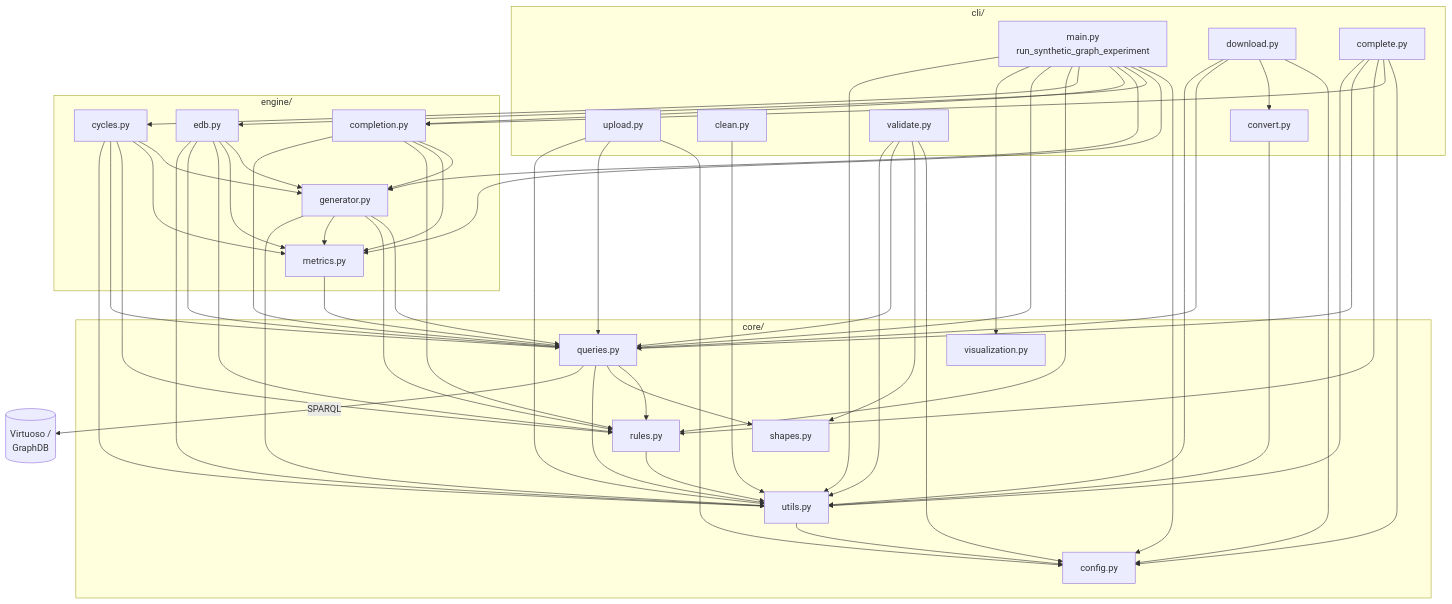
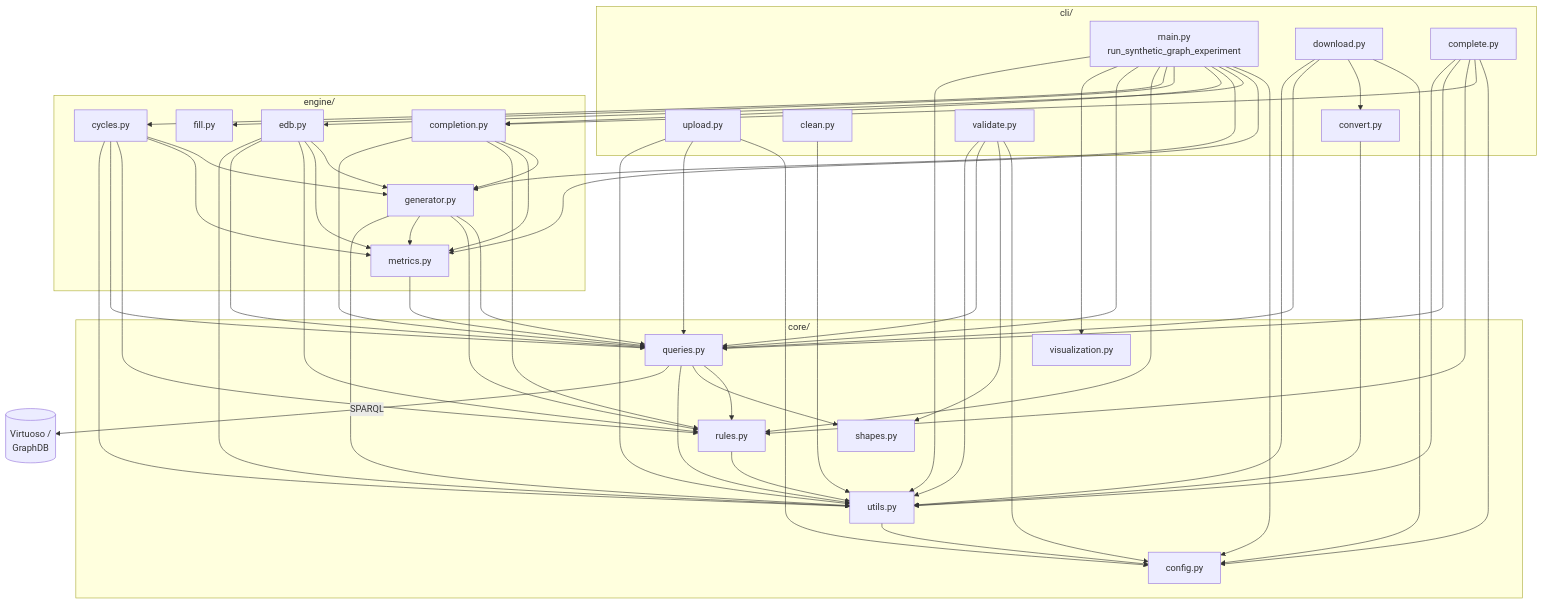
One commit to DavidGomez00/synthetic-knowledge-graph-generator changed the second of 2 diagrams in docs/architecture.md. Above: the diagram before and after it, drawn with Mermaid. The commit also changed other lines of this file and 6 other files, not shown here.

````diff
--- a/docs/architecture.md
+++ b/docs/architecture.md
@@ -38,49 +40,50 @@
 ```mermaid
 flowchart TD
     subgraph cli ["cli/"]
         MAIN["main.py<br/>run_synthetic_graph_experiment"]
         UPLOAD["upload.py"]
         DOWNLOAD["download.py"]
         COMPLETE["complete.py"]
         CLEAN["clean.py"]
         CONVERT["convert.py"]
         VALIDATE["validate.py"]
     end
 
     subgraph engine ["engine/"]
         METRICS["metrics.py"]
         EDB["edb.py"]
         GEN["generator.py"]
         COMPLETION["completion.py"]
+        FILL["fill.py"]
         CYCLES["cycles.py"]
     end
 
     subgraph core ["core/"]
         RULES["rules.py"]
         SHAPES["shapes.py"]
         QUERIES["queries.py"]
         VIS["visualization.py"]
         CONFIG["config.py"]
         UTILS["utils.py"]
     end
 
     DB[("Virtuoso /<br/>GraphDB")]
 
-    MAIN --> CONFIG & METRICS & EDB & GEN & COMPLETION & CYCLES & RULES & QUERIES & VIS & UTILS
+    MAIN --> CONFIG & METRICS & EDB & GEN & COMPLETION & FILL & CYCLES & RULES & QUERIES & VIS & UTILS
     UPLOAD --> CONFIG & QUERIES & UTILS
     DOWNLOAD --> CONFIG & CONVERT & QUERIES & UTILS
     COMPLETE --> CONFIG & COMPLETION & RULES & QUERIES & UTILS
     VALIDATE --> CONFIG & SHAPES & QUERIES & UTILS
     CLEAN & CONVERT --> UTILS
 
     EDB --> GEN & METRICS & RULES & QUERIES & UTILS
     COMPLETION --> GEN & METRICS & RULES & QUERIES
     CYCLES --> GEN & METRICS & RULES & QUERIES & UTILS
     GEN --> QUERIES & RULES & METRICS & UTILS
     METRICS --> QUERIES
     QUERIES --> RULES & SHAPES & UTILS
     RULES --> UTILS
     UTILS --> CONFIG
 
     QUERIES -->|SPARQL| DB
 ```
````
